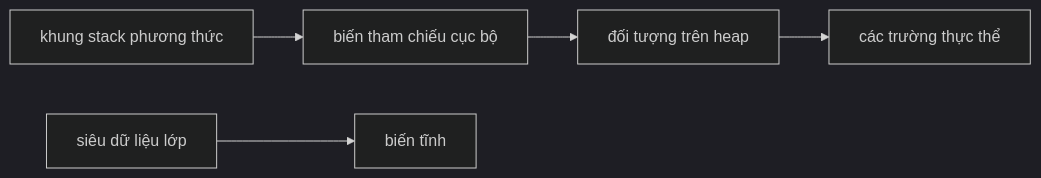
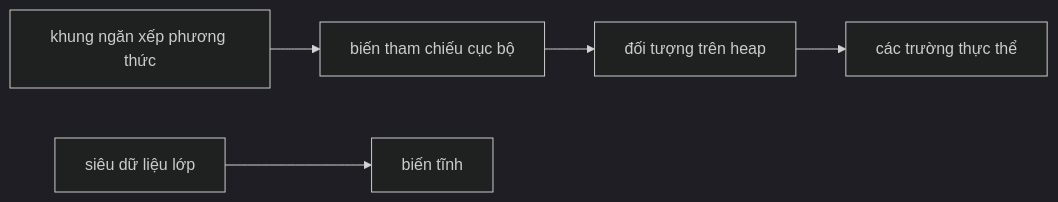
The first of 2 diagrams in vi/04-variables-constants/theory/03-default-scope-lifetime.md (PhuThien2005/theoretical-of-java-core), drawn with Mermaid (dark theme) before and after one commit. The commit also changed other lines of this file and 229 other files, not shown here.

````diff
--- a/vi/04-variables-constants/theory/03-default-scope-lifetime.md
+++ b/vi/04-variables-constants/theory/03-default-scope-lifetime.md
@@ -110,7 +106,7 @@
 ```mermaid
 flowchart LR
-    A[khung stack phương thức] --> B[biến tham chiếu cục bộ]
+    A[khung ngăn xếp phương thức] --> B[biến tham chiếu cục bộ]
     B --> C[đối tượng trên heap]
     C --> D[các trường thực thể]
     E[siêu dữ liệu lớp] --> F[biến tĩnh]
 ```
````
